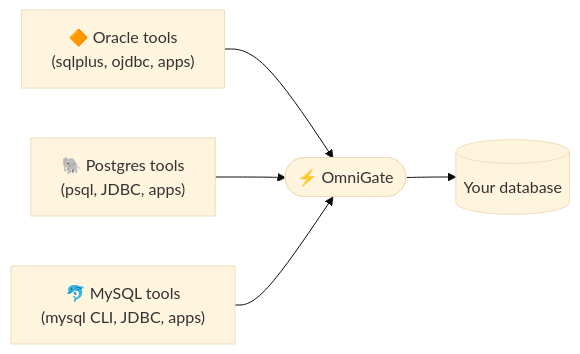
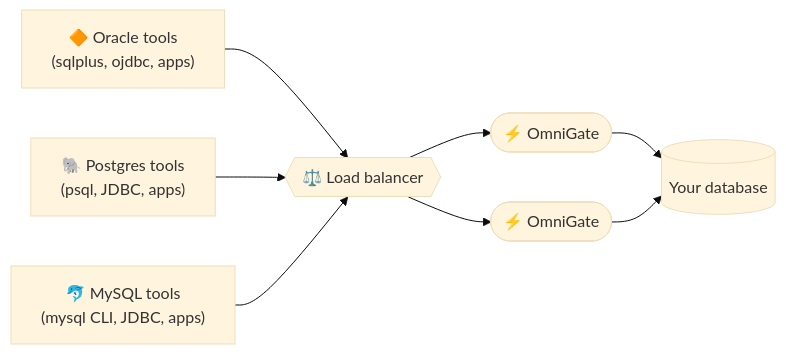
One commit to kumarrajamani-ai/omnigate-free changed the diagram in README.md. Above: the diagram before and after it, drawn with Mermaid (base theme). The commit also changed other lines of this file, not shown here.

Commit message:
README diagram: left-to-right with a load balancer in front of OmniGate
Still end-user-facing only (no internal components) -- adds the load balancer + multiple
OmniGate instances as the "if you need it for scale/redundancy" picture, with a caption
clarifying a single instance is just as valid for smaller setups.

````diff
--- a/README.md
+++ b/README.md
@@ -7,7 +7,10 @@
 ```mermaid
 flowchart LR
-    A["🔶 Oracle tools<br/>(sqlplus, ojdbc, apps)"] --> G
-    B["🐘 Postgres tools<br/>(psql, JDBC, apps)"] --> G
-    C["🐬 MySQL tools<br/>(mysql CLI, JDBC, apps)"] --> G
-    G(["⚡ OmniGate"]) --> D[("Your database")]
+    A["🔶 Oracle tools<br/>(sqlplus, ojdbc, apps)"] --> LB
+    B["🐘 Postgres tools<br/>(psql, JDBC, apps)"] --> LB
+    C["🐬 MySQL tools<br/>(mysql CLI, JDBC, apps)"] --> LB
+    LB{{"⚖️ Load balancer"}} --> G1(["⚡ OmniGate"])
+    LB --> G2(["⚡ OmniGate"])
+    G1 --> D[("Your database")]
+    G2 --> D
 ```
````
